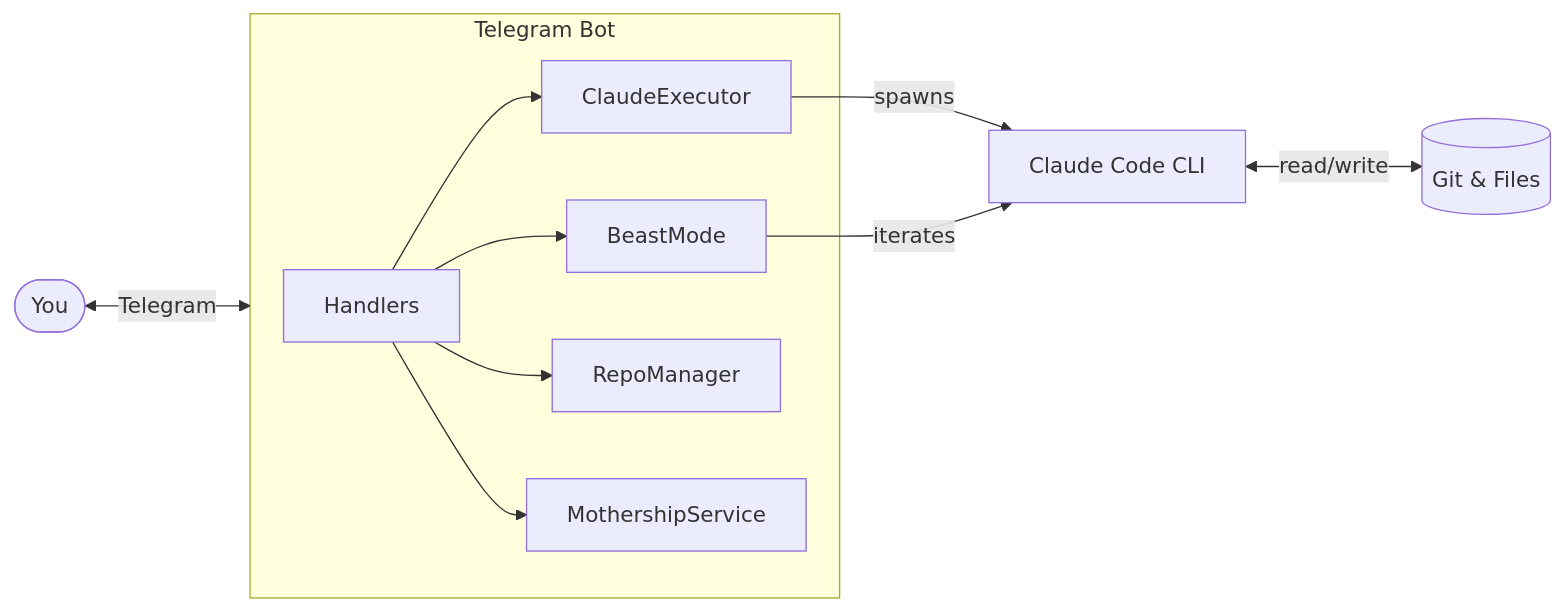
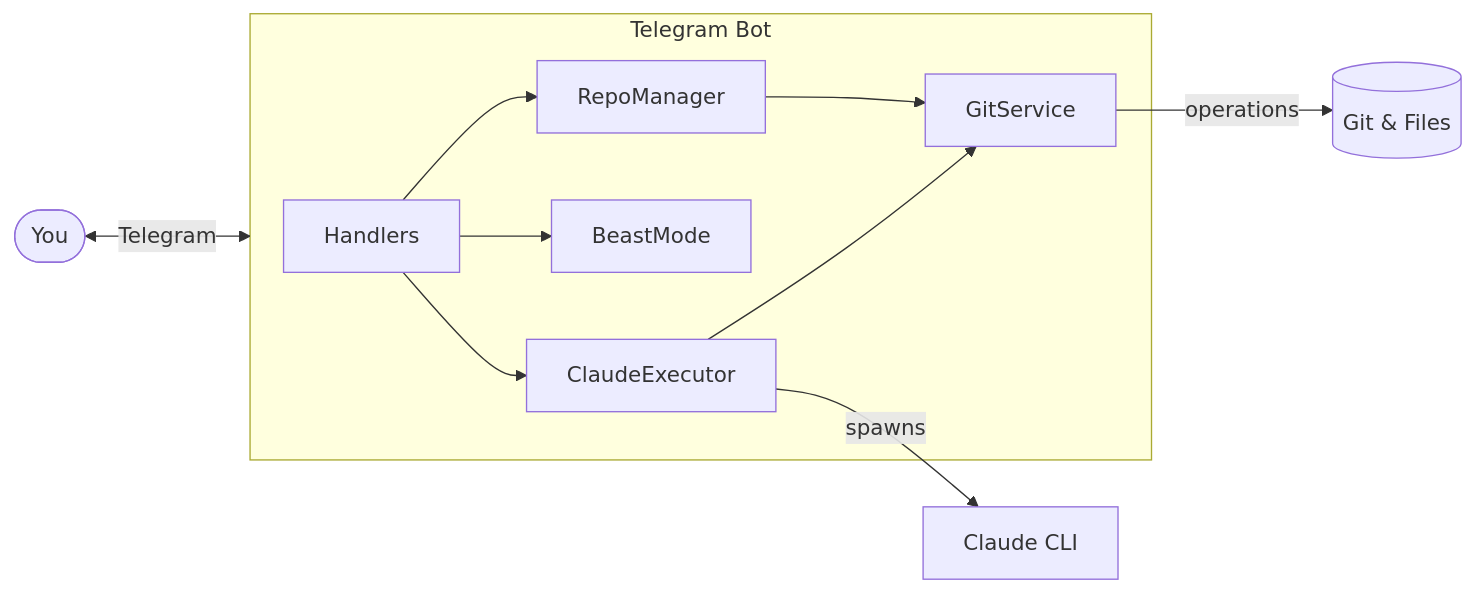
The diagram in README.md (guzus/tg-claude), drawn with Mermaid before and after one commit. The commit also changed other lines of this file, not shown here.

````diff
--- a/README.md
+++ b/README.md
@@ -56,16 +71,16 @@
 ```mermaid
 flowchart LR
     User([You]) <-->|Telegram| Bot
 
     subgraph Bot[Telegram Bot]
         Handler[Handlers]
         Handler --> Executor[ClaudeExecutor]
         Handler --> Beast[BeastMode]
+        Executor --> Git[GitService]
         Handler --> Repo[RepoManager]
-        Handler --> Mothership[MothershipService]
+        Repo --> Git
     end
 
-    Executor -->|spawns| Claude[Claude Code CLI]
-    Beast -->|iterates| Claude
-    Claude <-->|read/write| FS[(Git & Files)]
+    Executor -->|spawns| Claude[Claude CLI]
+    Git -->|operations| FS[(Git & Files)]
 ```
````
